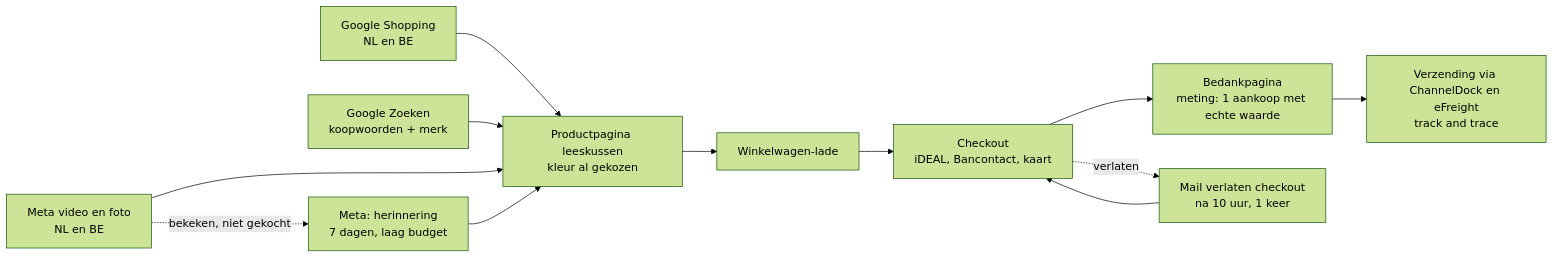
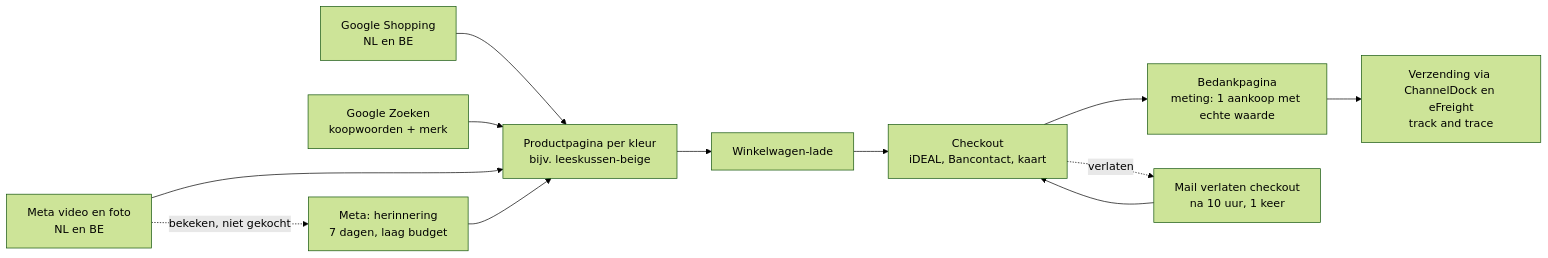
Before and after one commit to joost0070/n8napi: the diagram in reports/Bline funnel en advertentieplan.md, drawn with Mermaid (forest theme). The commit also changed other lines of this file and 33 other files, not shown here.

````diff
--- a/reports/Bline funnel en advertentieplan.md
+++ b/reports/Bline funnel en advertentieplan.md
@@ -11,14 +11,14 @@
 ```mermaid
 flowchart LR
   A[Google Shopping<br/>NL en BE] --> P
   B[Google Zoeken<br/>koopwoorden + merk] --> P
   C[Meta video en foto<br/>NL en BE] --> P
-  P[Productpagina leeskussen<br/>kleur al gekozen] --> W[Winkelwagen-lade]
+  P[Productpagina per kleur<br/>bijv. leeskussen-beige] --> W[Winkelwagen-lade]
   W --> K[Checkout<br/>iDEAL, Bancontact, kaart]
   K --> T[Bedankpagina<br/>meting: 1 aankoop met echte waarde]
   K -.verlaten.-> M[Mail verlaten checkout<br/>na 10 uur, 1 keer]
   M --> K
   C -.bekeken, niet gekocht.-> R[Meta: herinnering<br/>7 dagen, laag budget]
   R --> P
   T --> V[Verzending via ChannelDock en eFreight<br/>track and trace]
 ```
````
